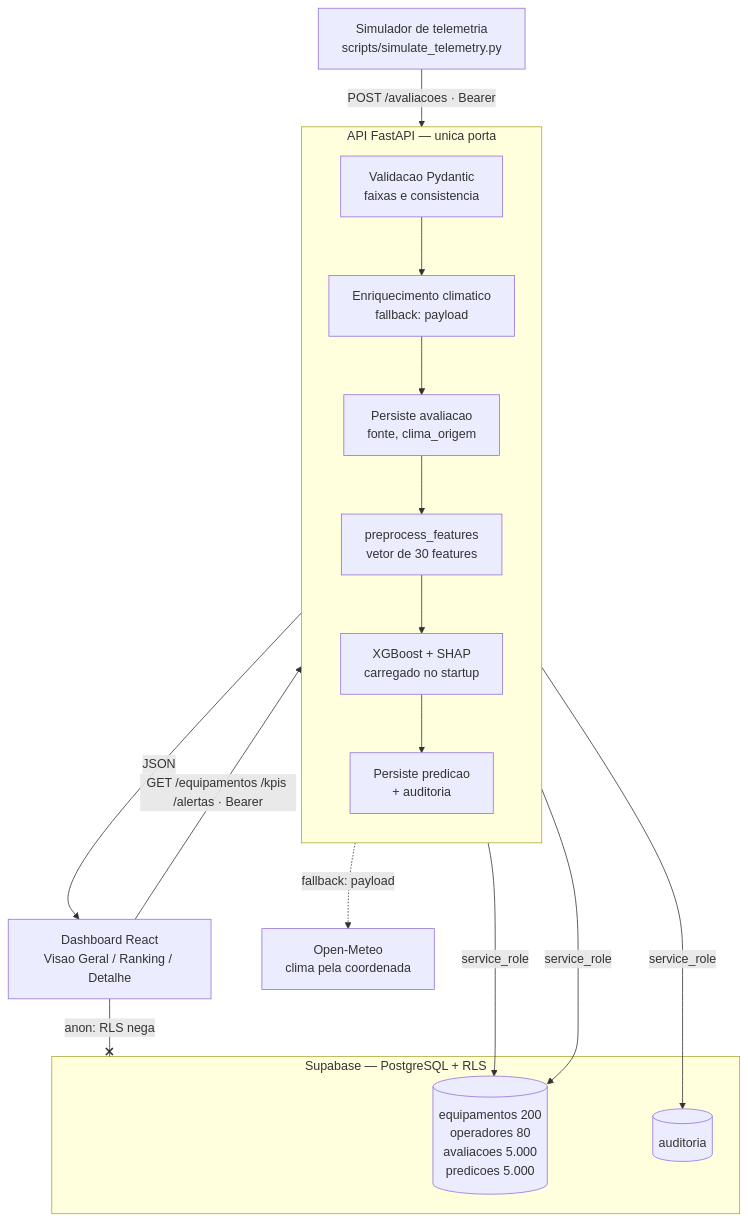
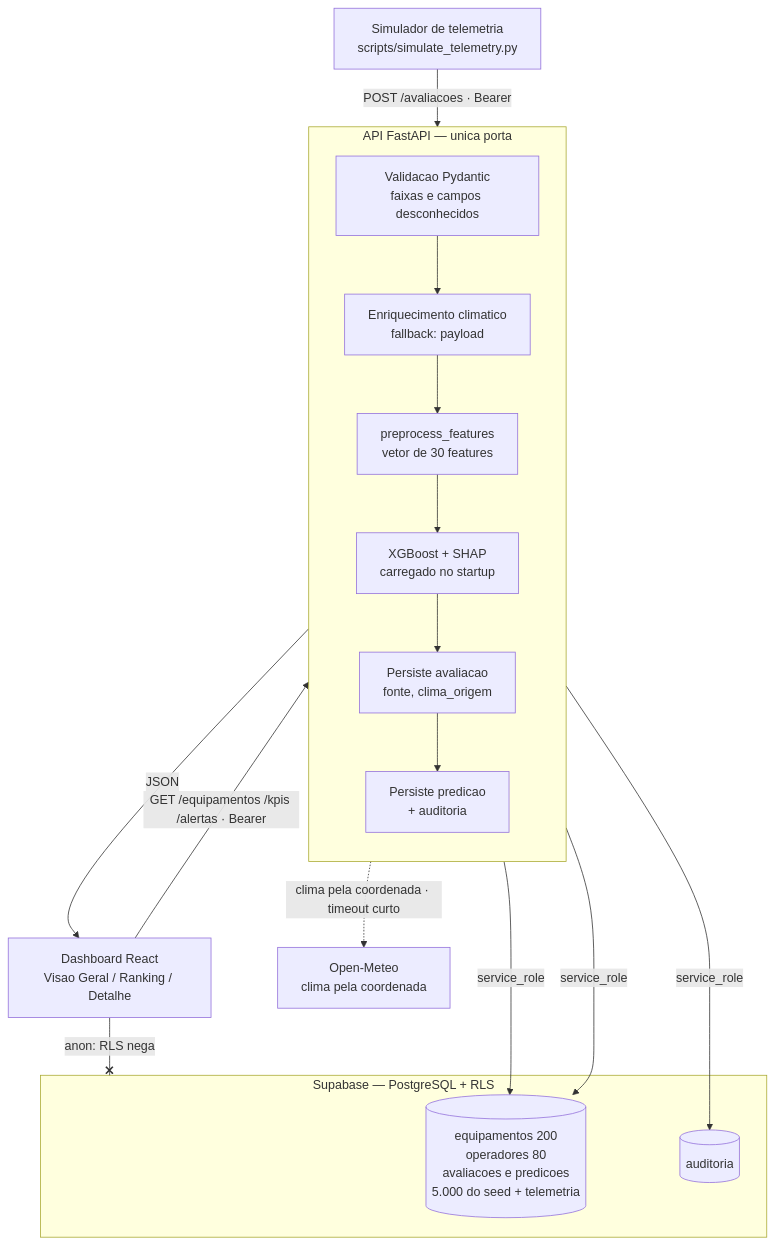
Before and after one commit to Avila237/sompo: the diagram in README.md, drawn with Mermaid. The commit also changed other lines of this file, not shown here.

````diff
--- a/README.md
+++ b/README.md
@@ -351,31 +357,31 @@
 ```mermaid
 flowchart TB
     SIM["Simulador de telemetria<br/>scripts/simulate_telemetry.py"]
     DASH["Dashboard React<br/>Visao Geral / Ranking / Detalhe"]
     METEO["Open-Meteo<br/>clima pela coordenada"]
 
     subgraph API["API FastAPI — unica porta"]
         direction TB
-        VAL["Validacao Pydantic<br/>faixas e consistencia"]
+        VAL["Validacao Pydantic<br/>faixas e campos desconhecidos"]
         ENR["Enriquecimento climatico<br/>fallback: payload"]
-        PERSA["Persiste avaliacao<br/>fonte, clima_origem"]
         PRE["preprocess_features<br/>vetor de 30 features"]
         MOD["XGBoost + SHAP<br/>carregado no startup"]
+        PERSA["Persiste avaliacao<br/>fonte, clima_origem"]
         PERSP["Persiste predicao<br/>+ auditoria"]
-        VAL --> ENR --> PERSA --> PRE --> MOD --> PERSP
+        VAL --> ENR --> PRE --> MOD --> PERSA --> PERSP
     end
 
     subgraph DB["Supabase — PostgreSQL + RLS"]
-        TAB[("equipamentos 200<br/>operadores 80<br/>avaliacoes 5.000<br/>predicoes 5.000")]
+        TAB[("equipamentos 200<br/>operadores 80<br/>avaliacoes e predicoes<br/>5.000 do seed + telemetria")]
         AUD[("auditoria")]
     end
 
     SIM -->|"POST /avaliacoes · Bearer"| VAL
     DASH -->|"GET /equipamentos /kpis /alertas · Bearer"| API
     API -->|JSON| DASH
-    ENR -.->|"fallback: payload"| METEO
+    ENR -.->|"clima pela coordenada · timeout curto"| METEO
     PERSA -->|service_role| TAB
     PERSP -->|service_role| TAB
     PERSP -->|service_role| AUD
     DASH --x|"anon: RLS nega"| DB
 ```
````
